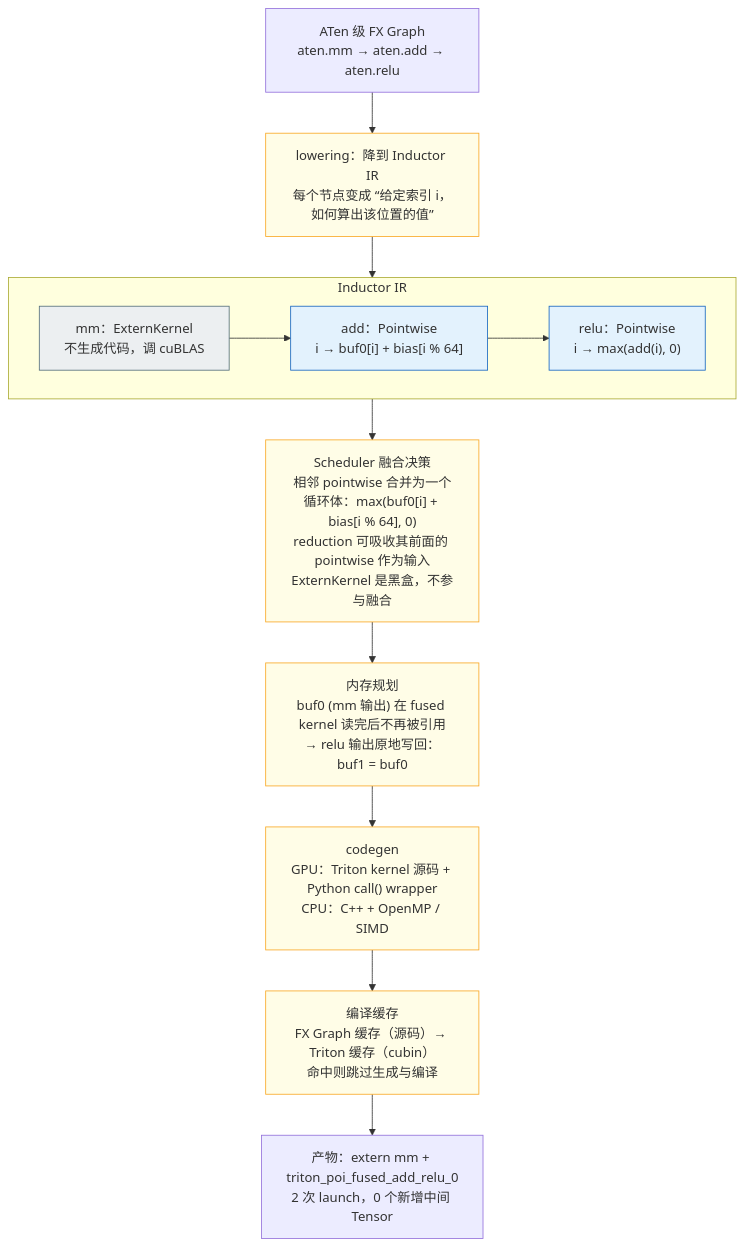
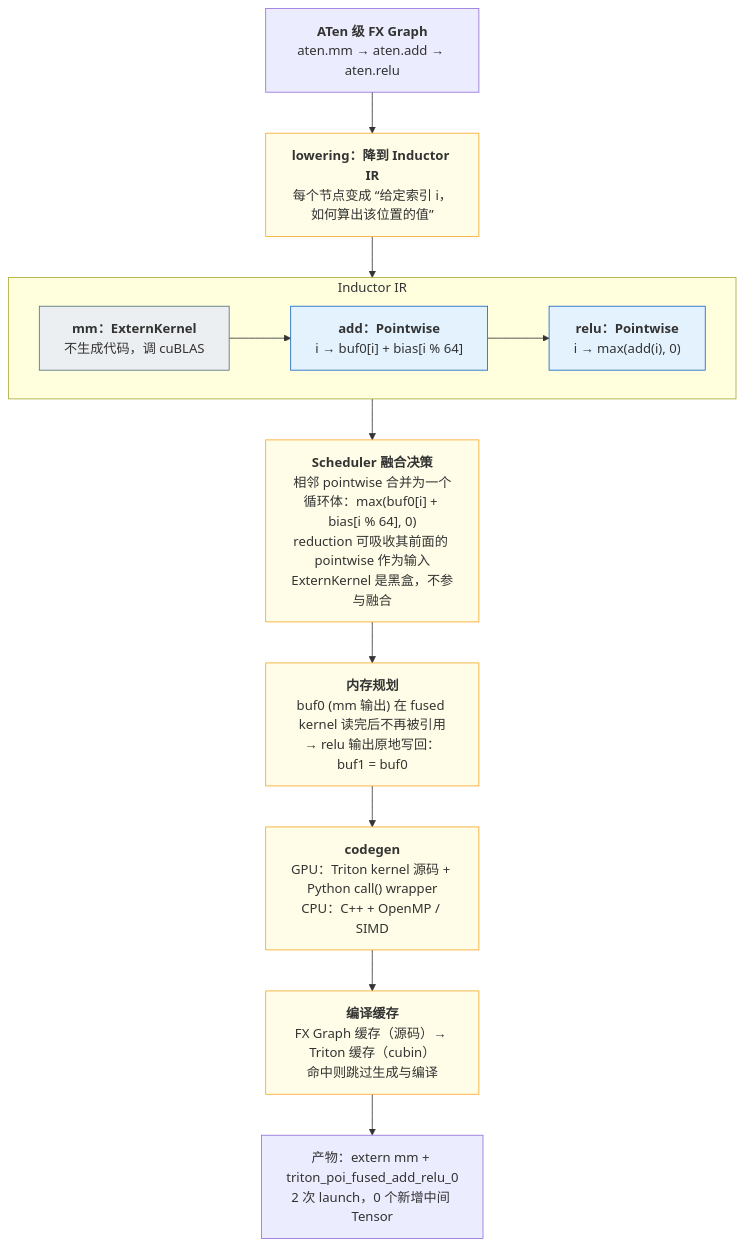
The fourth of 8 diagrams in _posts/2026-02-23-pytorch-compilation-and-graph-optimization.md (arganzheng/arganzheng.github.com), drawn with Mermaid before and after one commit. The commit also changed other lines of this file and 10 other files, not shown here.

First line of the commit message:
PyTorch 深度实践：从 Tensor 到深度学习运行时：Mermaid 多行方框的首行标为标题（11 篇）

````diff
--- a/_posts/2026-02-23-pytorch-compilation-and-graph-optimization.md
+++ b/_posts/2026-02-23-pytorch-compilation-and-graph-optimization.md
@@ -588,24 +588,24 @@
 ```mermaid
 %% 图：Inductor 的内部步骤：ATen 节点 lowering 到循环级 IR，Scheduler 把相邻 pointwise 融合成一个 kernel
 flowchart TB
-    IN["ATen 级 FX Graph<br/>aten.mm → aten.add → aten.relu"]
-    IN --> LOW["lowering：降到 Inductor IR<br/>每个节点变成 “给定索引 i，如何算出该位置的值”"]
+    IN["<b>ATen 级 FX Graph</b><br/>aten.mm → aten.add → aten.relu"]
+    IN --> LOW["<b>lowering：降到 Inductor IR</b><br/>每个节点变成 “给定索引 i，如何算出该位置的值”"]
     LOW --> IR
     subgraph IR["Inductor IR"]
-        EK["mm：ExternKernel<br/>不生成代码，调 cuBLAS"]
-        PW1["add：Pointwise<br/>i → buf0#91;i#93; + bias#91;i % 64#93;"]
-        PW2["relu：Pointwise<br/>i → max(add(i), 0)"]
+        EK["<b>mm：ExternKernel</b><br/>不生成代码，调 cuBLAS"]
+        PW1["<b>add：Pointwise</b><br/>i → buf0#91;i#93; + bias#91;i % 64#93;"]
+        PW2["<b>relu：Pointwise</b><br/>i → max(add(i), 0)"]
         EK --> PW1 --> PW2
     end
-    IR --> SCH["Scheduler 融合决策<br/>相邻 pointwise 合并为一个循环体：max(buf0#91;i#93; + bias#91;i % 64#93;, 0)<br/>reduction 可吸收其前面的 pointwise 作为输入<br/>ExternKernel 是黑盒，不参与融合"]
-    SCH --> MEM["内存规划<br/>buf0 (mm 输出) 在 fused kernel 读完后不再被引用<br/>→ relu 输出原地写回：buf1 = buf0"]
-    MEM --> CG["codegen<br/>GPU：Triton kernel 源码 + Python call() wrapper<br/>CPU：C++ + OpenMP / SIMD"]
-    CG --> CC["编译缓存<br/>FX Graph 缓存（源码）→ Triton 缓存（cubin）<br/>命中则跳过生成与编译"]
+    IR --> SCH["<b>Scheduler 融合决策</b><br/>相邻 pointwise 合并为一个循环体：max(buf0#91;i#93; + bias#91;i % 64#93;, 0)<br/>reduction 可吸收其前面的 pointwise 作为输入<br/>ExternKernel 是黑盒，不参与融合"]
+    SCH --> MEM["<b>内存规划</b><br/>buf0 (mm 输出) 在 fused kernel 读完后不再被引用<br/>→ relu 输出原地写回：buf1 = buf0"]
+    MEM --> CG["<b>codegen</b><br/>GPU：Triton kernel 源码 + Python call() wrapper<br/>CPU：C++ + OpenMP / SIMD"]
+    CG --> CC["<b>编译缓存</b><br/>FX Graph 缓存（源码）→ Triton 缓存（cubin）<br/>命中则跳过生成与编译"]
     CC --> OUT["产物：extern mm + triton_poi_fused_add_relu_0<br/>2 次 launch，0 个新增中间 Tensor"]
     classDef ext fill:#eceff1,stroke:#546e7a;
     classDef pw fill:#e3f2fd,stroke:#1565c0;
     classDef stage fill:#fffde7,stroke:#f9a825;
     class EK ext;
     class PW1,PW2 pw;
     class LOW,SCH,MEM,CG,CC stage;
 ```
````
